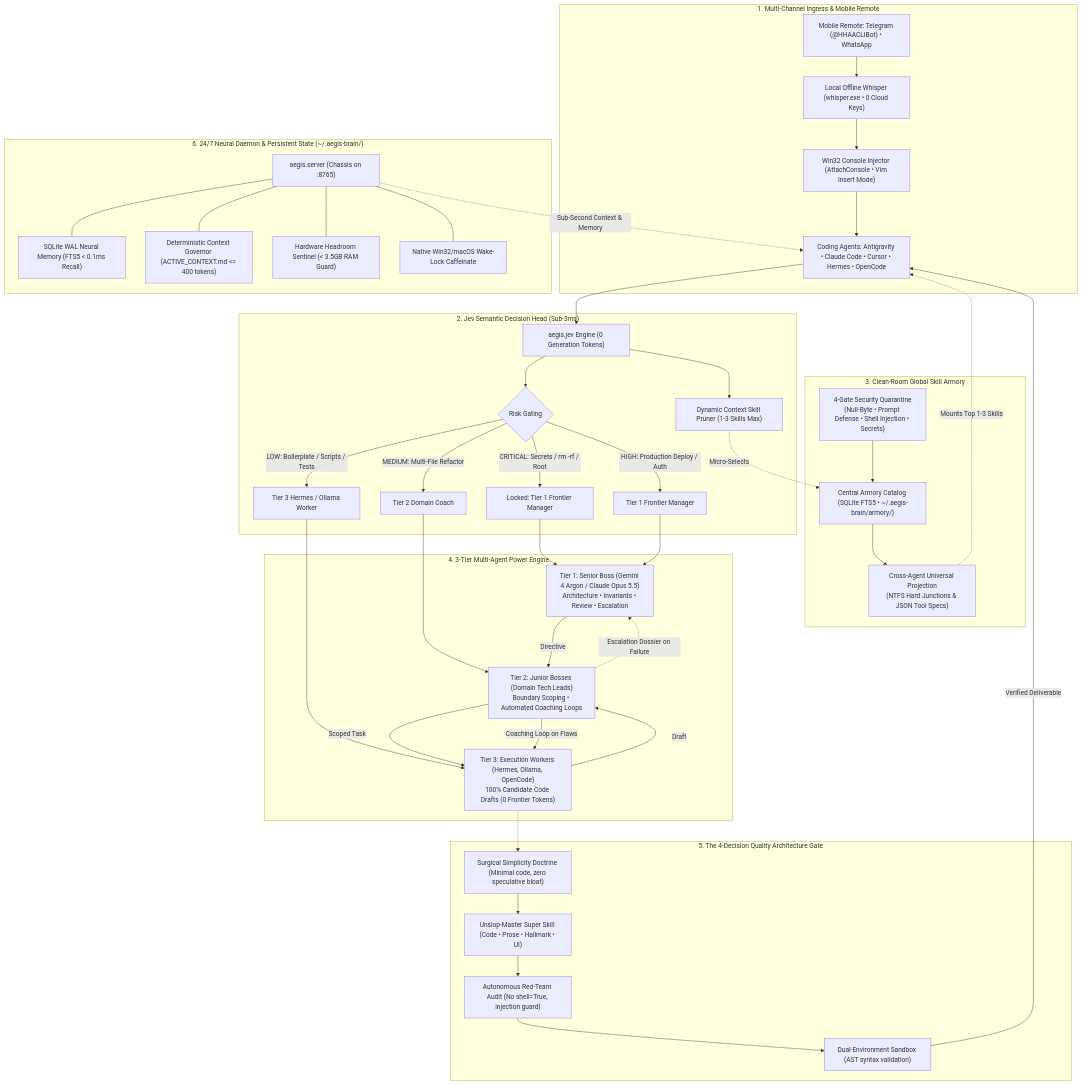
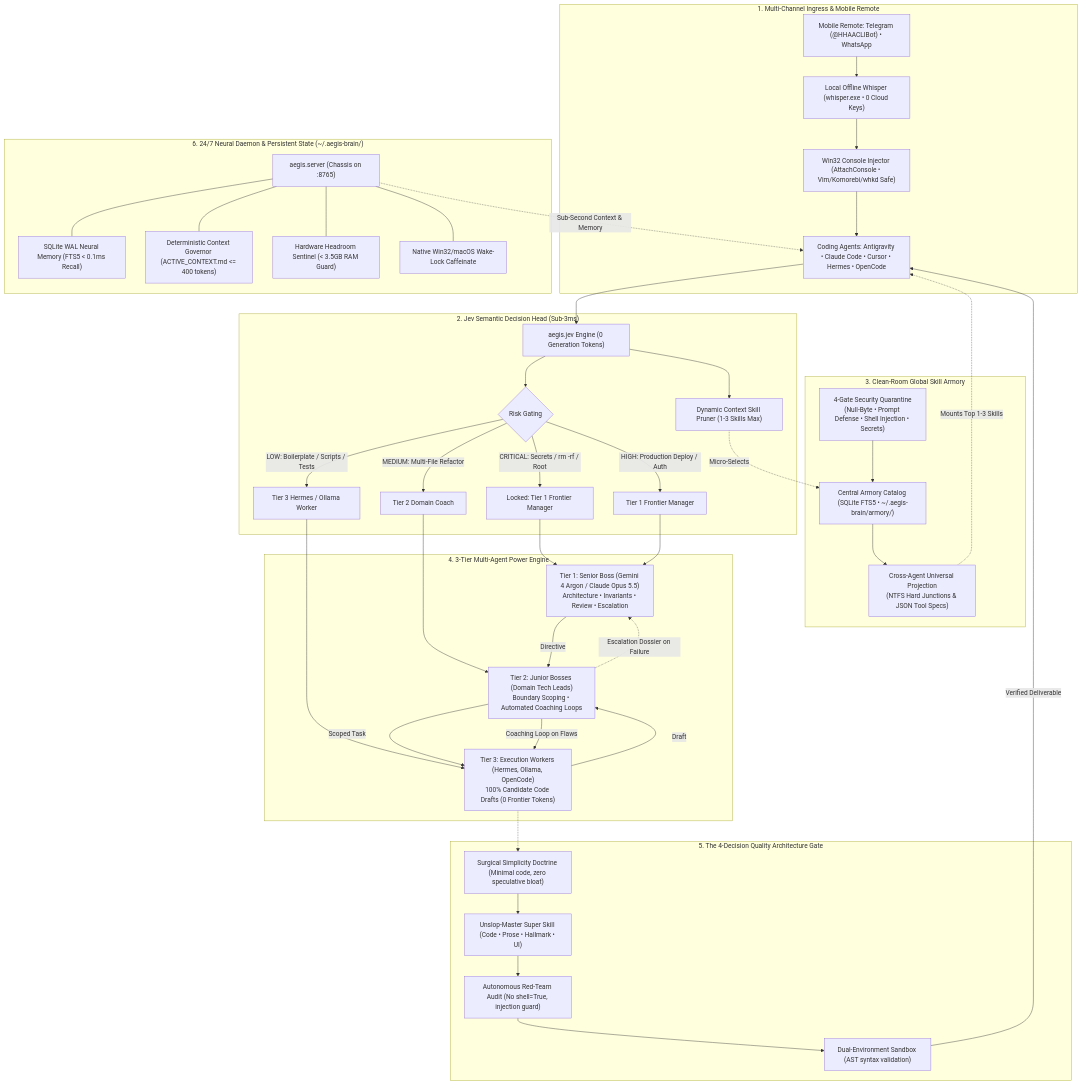
Before and after one commit to PG300604/aegis-brain: the first of 5 diagrams in README.md, drawn with Mermaid. The commit also changed other lines of this file, not shown here.

Commit message:
docs: clarify Komorebi tiling, whkd hotkey, and Vim modal terminal compatibility in console injection docs

````diff
--- a/README.md
+++ b/README.md
@@ -61,75 +61,75 @@
 ```mermaid
 flowchart TD
     subgraph Ingestion ["1. Multi-Channel Ingress & Mobile Remote"]
         Agents["Coding Agents: Antigravity • Claude Code • Cursor • Hermes • OpenCode"]
         Phone["Mobile Remote: Telegram (@HHAACLIBot) • WhatsApp"]
         Whisper["Local Offline Whisper (whisper.exe • 0 Cloud Keys)"]
-        Console["Win32 Console Injector (AttachConsole • Vim Insert Mode)"]
+        Console["Win32 Console Injector (AttachConsole • Vim/Komorebi/whkd Safe)"]
         Phone --> Whisper --> Console --> Agents
     end
 
     subgraph DecisionLayer ["2. Jev Semantic Decision Head (Sub-3ms)"]
         Jev["aegis.jev Engine (0 Generation Tokens)"]
         RiskGating{"Risk Gating"}
         ContextPrune["Dynamic Context Skill Pruner (1-3 Skills Max)"]
         
         RiskGating -->|CRITICAL: Secrets / rm -rf / Root| LockT1["Locked: Tier 1 Frontier Manager"]
         RiskGating -->|HIGH: Production Deploy / Auth| RouteT1["Tier 1 Frontier Manager"]
         RiskGating -->|MEDIUM: Multi-File Refactor| RouteT2["Tier 2 Domain Coach"]
         RiskGating -->|LOW: Boilerplate / Scripts / Tests| RouteT3["Tier 3 Hermes / Ollama Worker"]
         
         Jev --> RiskGating
         Jev --> ContextPrune
     end
 
     subgraph ArmoryLayer ["3. Clean-Room Global Skill Armory"]
         ArmoryDB["Central Armory Catalog (SQLite FTS5 • ~/.aegis-brain/armory/)"]
         Quarantine["4-Gate Security Quarantine<br/>(Null-Byte • Prompt Defense • Shell Injection • Secrets)"]
         Projection["Cross-Agent Universal Projection<br/>(NTFS Hard Junctions & JSON Tool Specs)"]
         
         Quarantine --> ArmoryDB --> Projection
         ContextPrune -.->|Micro-Selects| ArmoryDB
         Projection -.->|Mounts Top 1-3 Skills| Agents
     end
 
     subgraph PowerEngine ["4. 3-Tier Multi-Agent Power Engine"]
         T1["Tier 1: Senior Boss (Gemini 4 Argon / Claude Opus 5.5)<br/>Architecture • Invariants • Review • Escalation"]
         T2["Tier 2: Junior Bosses (Domain Tech Leads)<br/>Boundary Scoping • Automated Coaching Loops"]
         T3["Tier 3: Execution Workers (Hermes, Ollama, OpenCode)<br/>100% Candidate Code Drafts (0 Frontier Tokens)"]
         
         LockT1 & RouteT1 --> T1
         RouteT2 --> T2
         RouteT3 --> T3
         T1 -->|Directive| T2
         T2 -->|Scoped Task| T3
         T3 -->|Draft| T2
         T2 -->|Coaching Loop on Flaws| T3
         T2 -.->|Escalation Dossier on Failure| T1
     end
 
     subgraph QualityGate ["5. The 4-Decision Quality Architecture Gate"]
         Q1["Surgical Simplicity Doctrine (Minimal code, zero speculative bloat)"]
         Q2["Unslop-Master Super Skill (Code • Prose • Hallmark • UI)"]
         Q3["Autonomous Red-Team Audit (No shell=True, injection guard)"]
         Q4["Dual-Environment Sandbox (AST syntax validation)"]
         
         T3 -.-> Q1 --> Q2 --> Q3 --> Q4
     end
 
     subgraph DaemonState ["6. 24/7 Neural Daemon & Persistent State (~/.aegis-brain/)"]
         Daemon["aegis.server (Chassis on :8765)"]
         WAL["SQLite WAL Neural Memory (FTS5 < 0.1ms Recall)"]
         Gov["Deterministic Context Governor (ACTIVE_CONTEXT.md <= 400 tokens)"]
         Sentinel["Hardware Headroom Sentinel (< 3.5GB RAM Guard)"]
         Caff["Native Win32/macOS Wake-Lock Caffeinate"]
         
         Daemon --- WAL
         Daemon --- Gov
         Daemon --- Sentinel
         Daemon --- Caff
     end
 
     Agents --> Jev
     Q4 -->|Verified Deliverable| Agents
     Daemon -.->|Sub-Second Context & Memory| Agents
 ```
````
